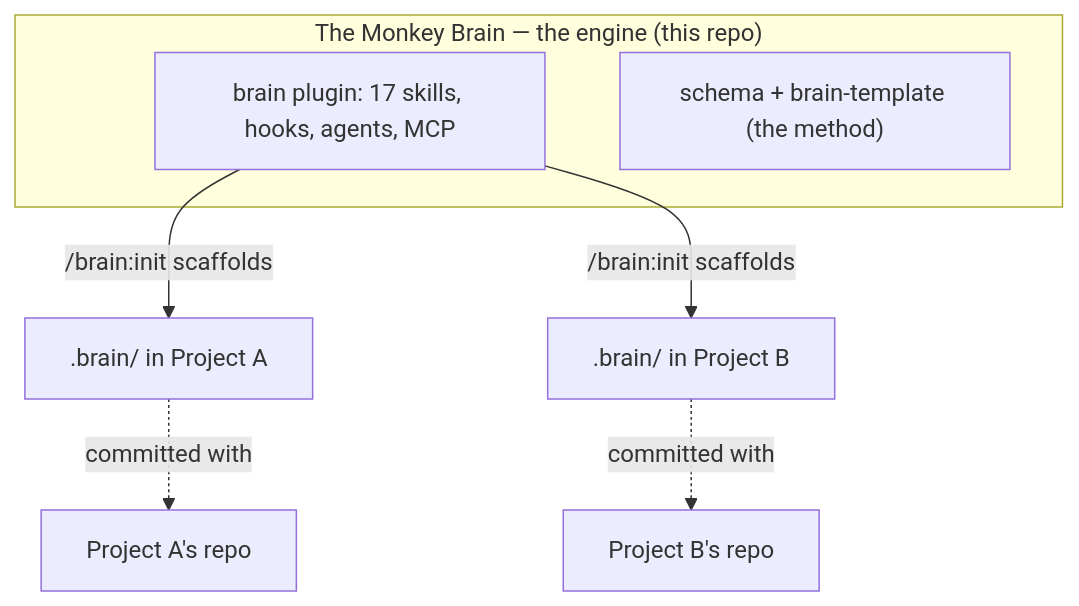
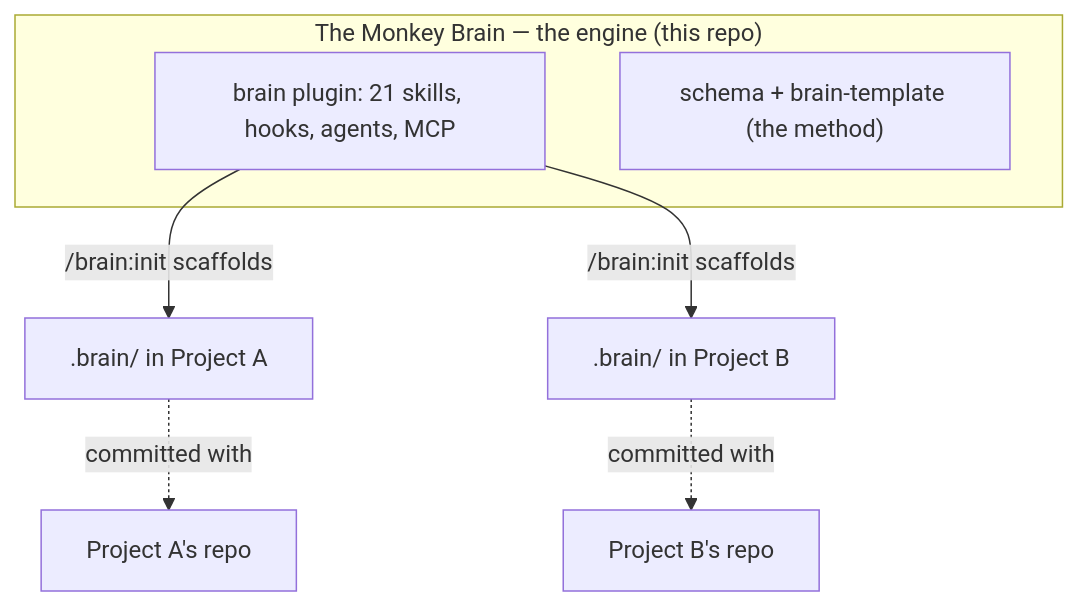
One commit to NeamulMorshed/The-Monkey-Brain changed the second of 2 diagrams in README.md. Above: the diagram before and after it, drawn with Mermaid. The commit also changed other lines of this file and 23 other files, not shown here.

````diff
--- a/README.md
+++ b/README.md
@@ -225,11 +228,11 @@
 ```mermaid
 flowchart TB
     subgraph Engine["The Monkey Brain — the engine (this repo)"]
-        P["brain plugin: 17 skills, hooks, agents, MCP"]
+        P["brain plugin: 21 skills, hooks, agents, MCP"]
         BT["schema + brain-template (the method)"]
     end
     P -->|/brain:init scaffolds| I1[".brain/ in Project A"]
     P -->|/brain:init scaffolds| I2[".brain/ in Project B"]
     I1 -.committed with.-> RA["Project A's repo"]
     I2 -.committed with.-> RB["Project B's repo"]
 ```
````
